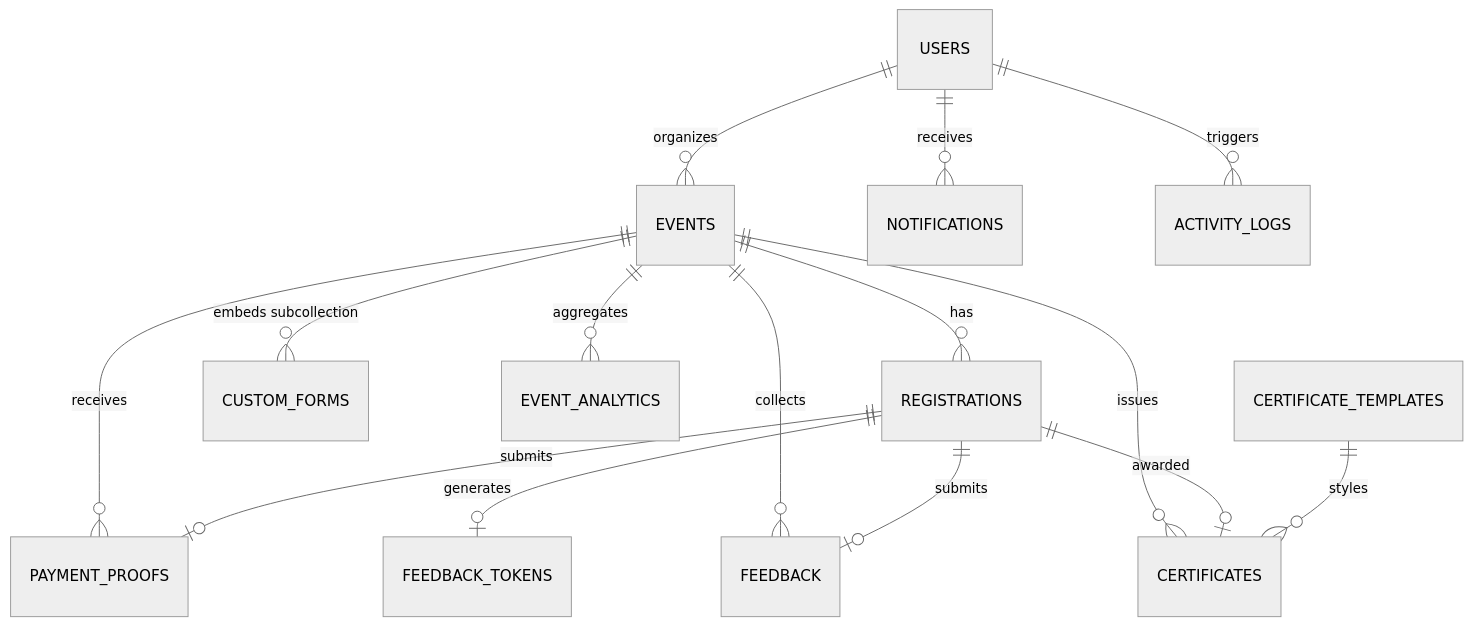
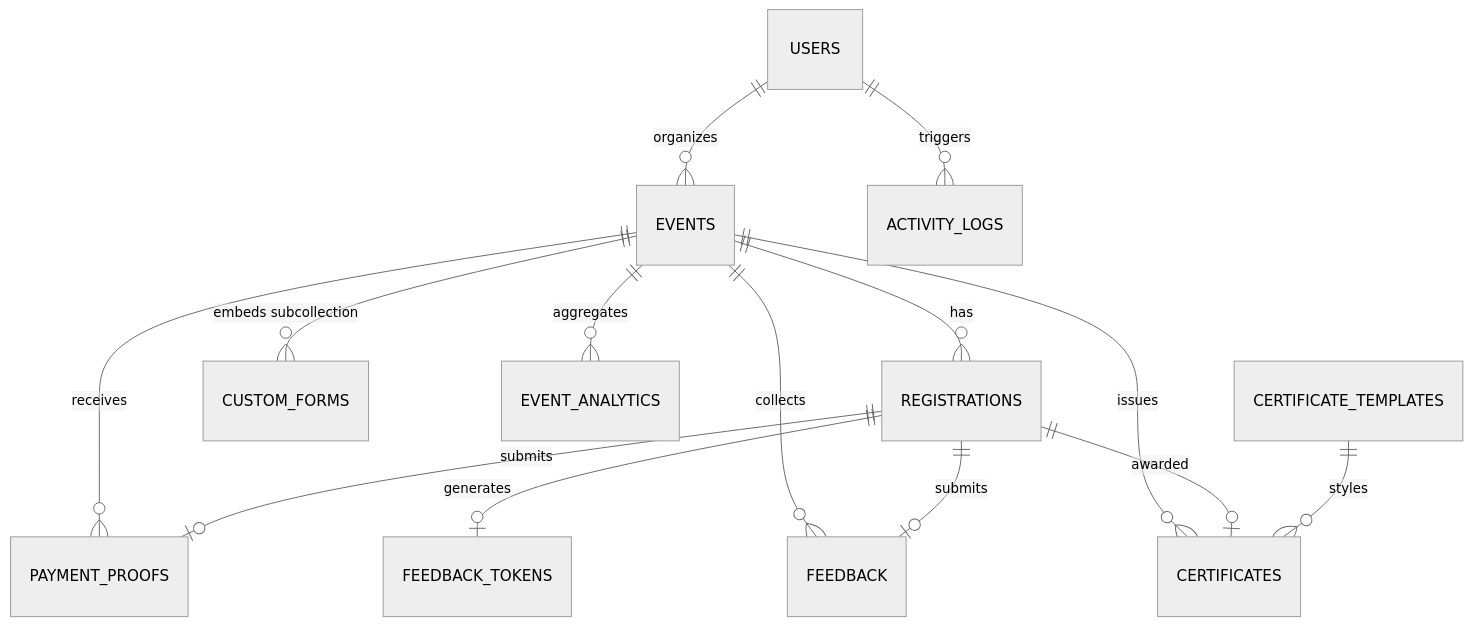
Before and after one commit to gdgdavao/teamapo-hub: the diagram in docs/Schema.md, drawn with Mermaid (neutral theme). The commit also changed other lines of this file and 330 other files, not shown here.

First line of the commit message:
feat(platform): comprehensive architecture modernization, security hardening, and legal compliance

````diff
--- a/docs/Schema.md
+++ b/docs/Schema.md
@@ -21,20 +21,19 @@
 ```mermaid
 erDiagram
     USERS ||--o{ EVENTS : "organizes"
-    USERS ||--o{ NOTIFICATIONS : "receives"
     USERS ||--o{ ACTIVITY_LOGS : "triggers"
     
     EVENTS ||--o{ REGISTRATIONS : "has"
     EVENTS ||--o{ CUSTOM_FORMS : "embeds subcollection"
     EVENTS ||--o{ EVENT_ANALYTICS : "aggregates"
     EVENTS ||--o{ FEEDBACK : "collects"
     EVENTS ||--o{ CERTIFICATES : "issues"
     EVENTS ||--o{ PAYMENT_PROOFS : "receives"
     
     REGISTRATIONS ||--o| PAYMENT_PROOFS : "submits"
     REGISTRATIONS ||--o| FEEDBACK_TOKENS : "generates"
     REGISTRATIONS ||--o| FEEDBACK : "submits"
     REGISTRATIONS ||--o| CERTIFICATES : "awarded"
     
     CERTIFICATE_TEMPLATES ||--o{ CERTIFICATES : "styles"
 ```
````
